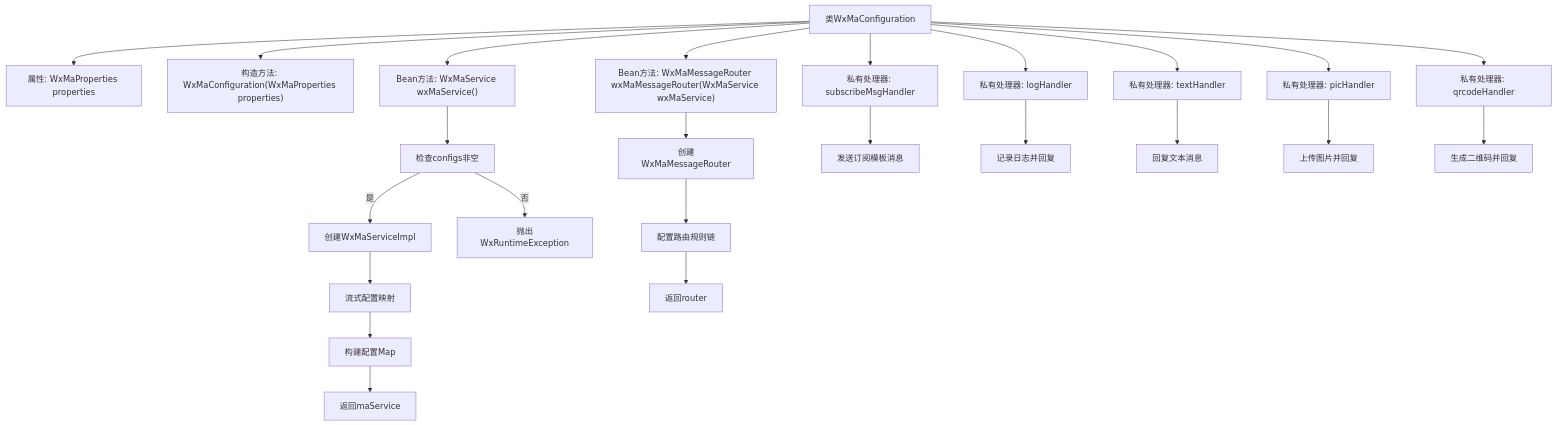
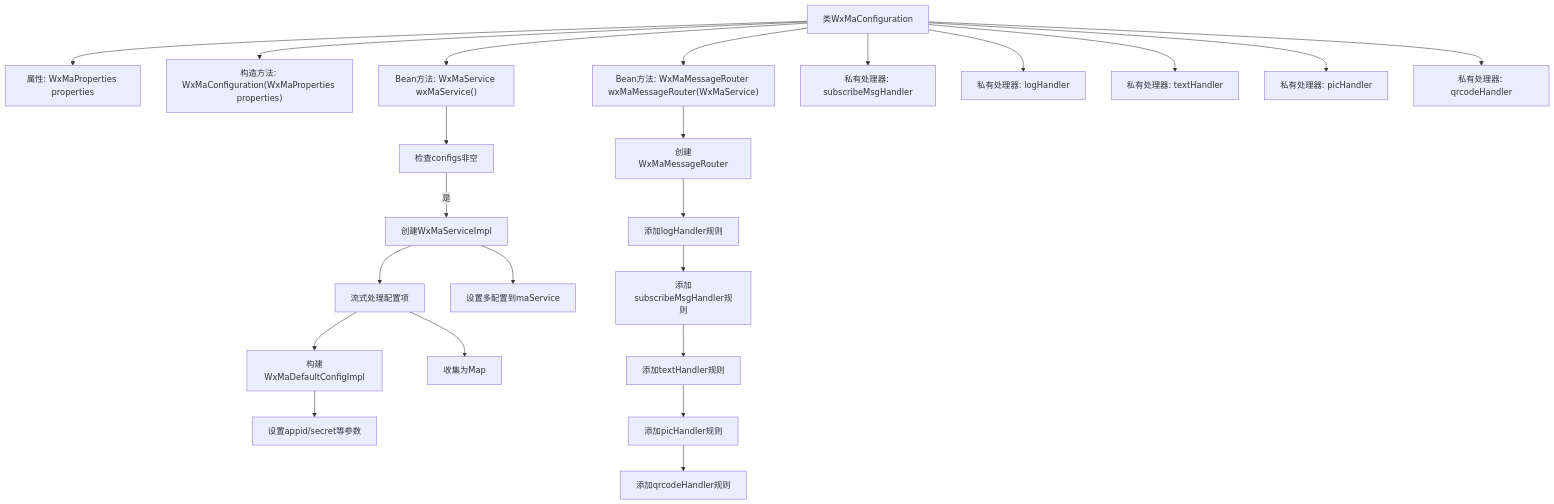
Before and after one commit to v-wjrong/rongwj666_weixin-java-miniapp-demo: the second of 3 diagrams in docs/zh/docs/src/main/java/com/github/binarywang/demo/wx/miniapp/config/WxMaConfiguration.md, drawn with Mermaid. The commit also changed other lines of this file and 49 other files, not shown here.

````diff
--- a/docs/zh/docs/src/main/java/com/github/binarywang/demo/wx/miniapp/config/WxMaConfiguration.md
+++ b/docs/zh/docs/src/main/java/com/github/binarywang/demo/wx/miniapp/config/WxMaConfiguration.md
@@ -112,40 +111,38 @@
 ```mermaid
 graph TD
     A["类WxMaConfiguration"]
     B["属性: WxMaProperties properties"]
     C["构造方法: WxMaConfiguration(WxMaProperties properties)"]
     D["Bean方法: WxMaService wxMaService()"]
-    E["Bean方法: WxMaMessageRouter wxMaMessageRouter(WxMaService wxMaService)"]
+    E["Bean方法: WxMaMessageRouter wxMaMessageRouter(WxMaService)"]
     F["私有处理器: subscribeMsgHandler"]
     G["私有处理器: logHandler"]
     H["私有处理器: textHandler"]
     I["私有处理器: picHandler"]
     J["私有处理器: qrcodeHandler"]
 
     A --> B
     A --> C
     A --> D
     A --> E
     A --> F
     A --> G
     A --> H
     A --> I
     A --> J
 
     D --> D1["检查configs非空"]
     D1 -->|是| D2["创建WxMaServiceImpl"]
-    D2 --> D3["流式配置映射"]
-    D3 --> D4["构建配置Map"]
-    D1 -->|否| D5["抛出WxRuntimeException"]
-    D4 --> D6["返回maService"]
+    D2 --> D3["流式处理配置项"]
+    D3 --> D4["构建WxMaDefaultConfigImpl"]
+    D4 --> D5["设置appid/secret等参数"]
+    D3 --> D6["收集为Map<appid,config>"]
+    D2 --> D7["设置多配置到maService"]
 
     E --> E1["创建WxMaMessageRouter"]
-    E1 --> E2["配置路由规则链"]
-    E2 --> E3["返回router"]
-
-    F --> F1["发送订阅模板消息"]
-    G --> G1["记录日志并回复"]
-    H --> H1["回复文本消息"]
-    I --> I1["上传图片并回复"]
-    J --> J1["生成二维码并回复"]
+    E1 --> E2["添加logHandler规则"]
+    E2 --> E3["添加subscribeMsgHandler规则"]
+    E3 --> E4["添加textHandler规则"]
+    E4 --> E5["添加picHandler规则"]
+    E5 --> E6["添加qrcodeHandler规则"]
 ```
````
